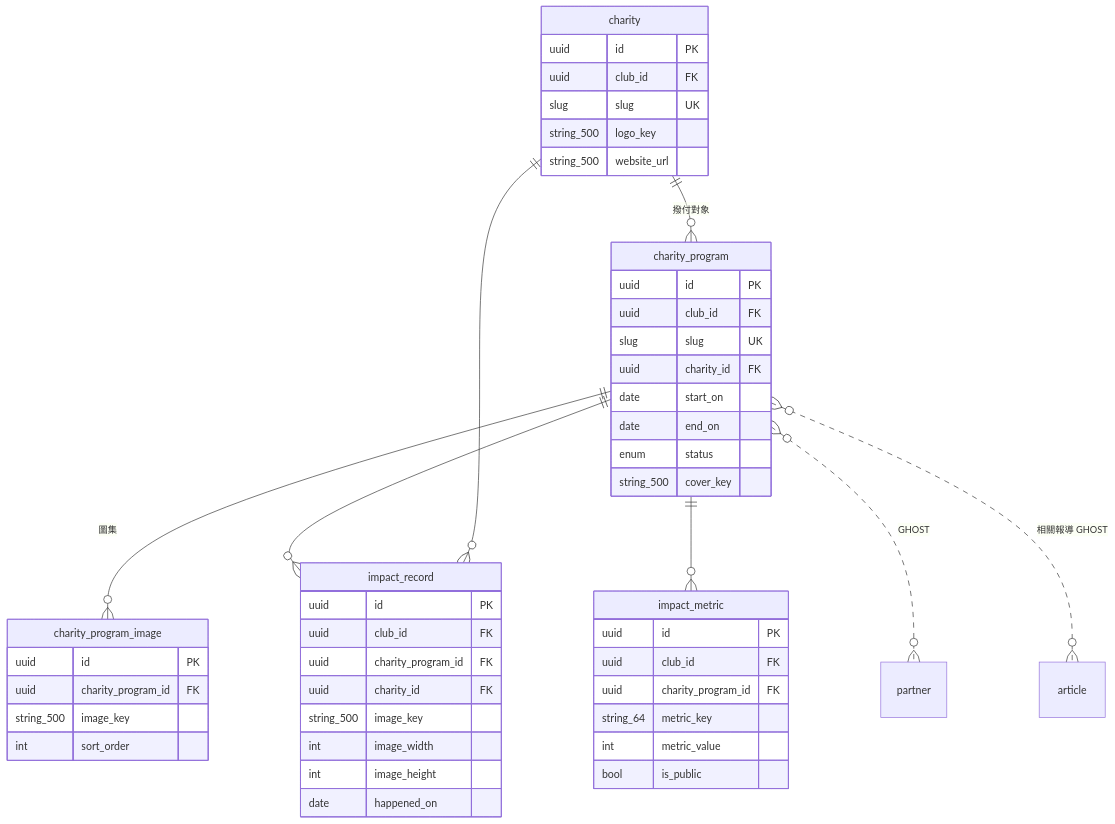
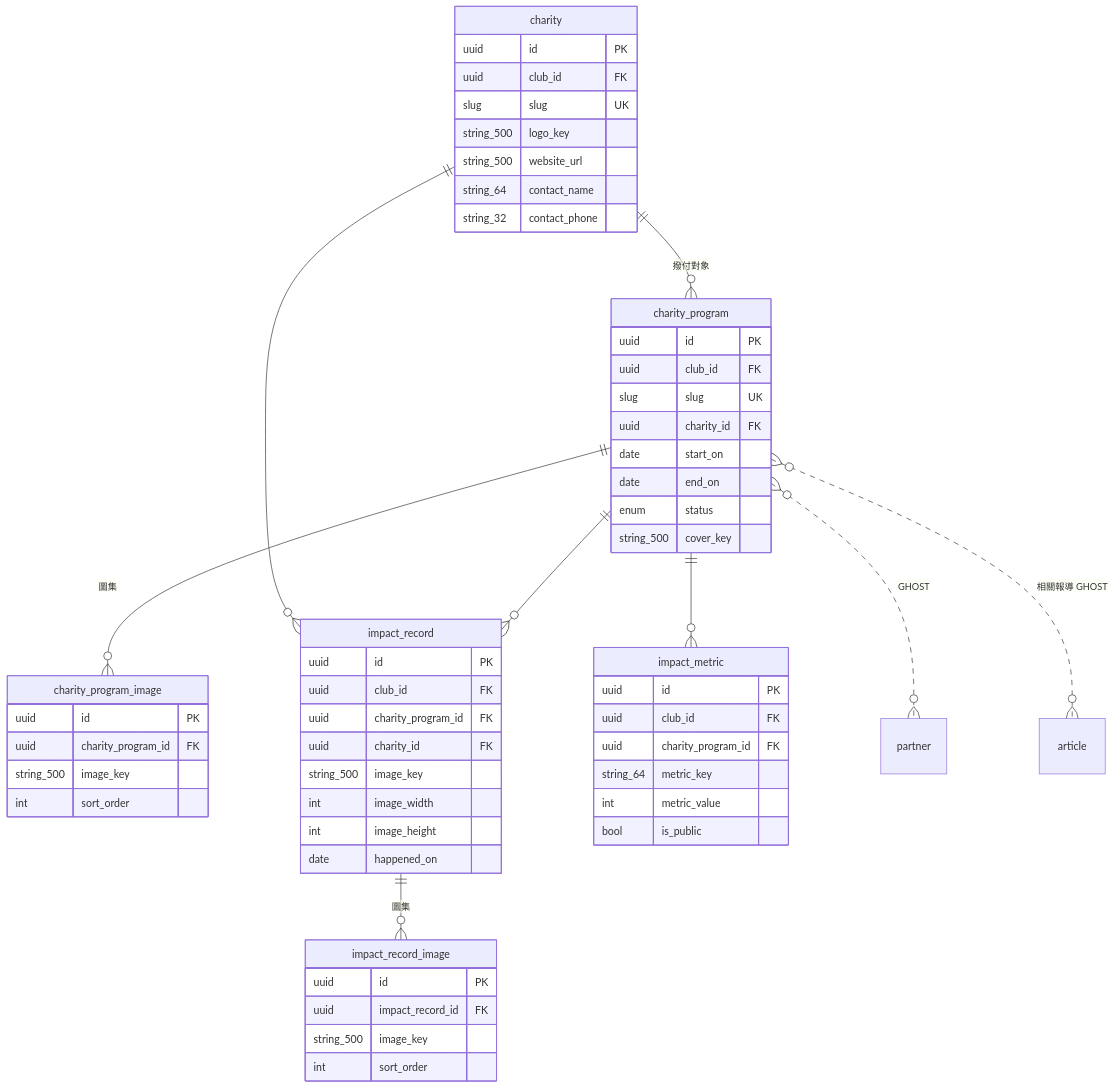
One commit to waiting0201/tcrfc changed diagram 14 of 16 in docs/12a-database-erd.md. Above: the diagram before and after it, drawn with Mermaid. The commit also changed other lines of this file and 3 other files, not shown here.

````diff
--- a/docs/12a-database-erd.md
+++ b/docs/12a-database-erd.md
@@ -973,51 +1000,60 @@
 ```mermaid
 erDiagram
   charity ||--o{ charity_program : "撥付對象"
   charity_program ||--o{ charity_program_image : "圖集"
   charity_program ||--o{ impact_record : ""
   charity ||--o{ impact_record : ""
+  impact_record ||--o{ impact_record_image : "圖集"
   charity_program ||--o{ impact_metric : ""
   charity_program }o..o{ partner : "GHOST"
   charity_program }o..o{ article : "相關報導 GHOST"
   charity {
     uuid id PK
     uuid club_id FK
     slug slug UK
     string_500 logo_key
     string_500 website_url
+    string_64 contact_name
+    string_32 contact_phone
   }
   charity_program_image {
     uuid id PK
     uuid charity_program_id FK
     string_500 image_key
     int sort_order
   }
   charity_program {
     uuid id PK
     uuid club_id FK
     slug slug UK
     uuid charity_id FK
     date start_on
     date end_on
     enum status
     string_500 cover_key
   }
   impact_record {
     uuid id PK
     uuid club_id FK
     uuid charity_program_id FK
     uuid charity_id FK
     string_500 image_key
     int image_width
     int image_height
     date happened_on
   }
+  impact_record_image {
+    uuid id PK
+    uuid impact_record_id FK
+    string_500 image_key
+    int sort_order
+  }
   impact_metric {
     uuid id PK
     uuid club_id FK
     uuid charity_program_id FK
     string_64 metric_key
     int metric_value
     bool is_public
   }
 ```
````
